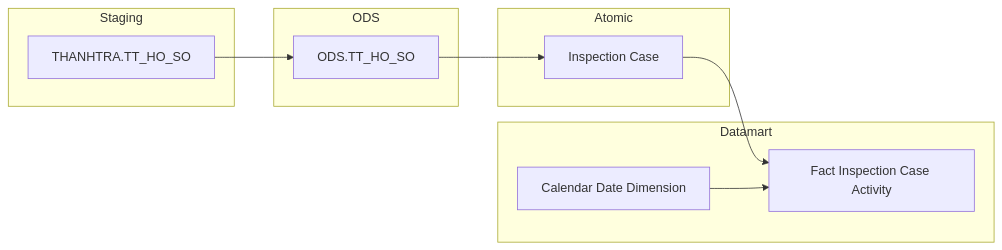
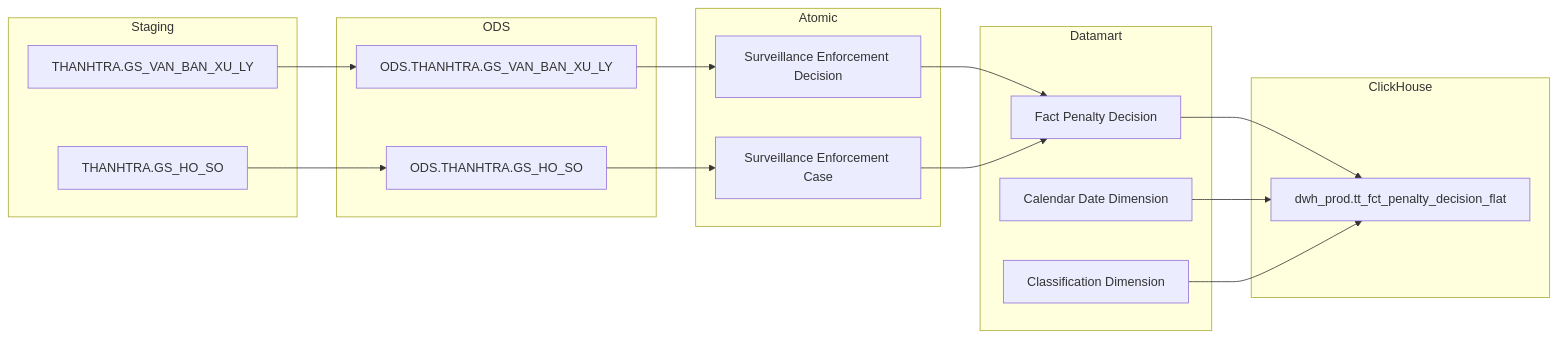
The first of 2 diagrams in .claude/skills/datamart-gen-docs/SKILL.md (linhlvit/ubck_atomic_design), drawn with Mermaid before and after one commit. The commit also changed other lines of this file and 8 other files, not shown here.

````diff
--- a/.claude/skills/datamart-gen-docs/SKILL.md
+++ b/.claude/skills/datamart-gen-docs/SKILL.md
@@ -355,20 +444,32 @@
 ```mermaid
 flowchart LR
   subgraph Staging
-    THANHTRA_TT_HO_SO["THANHTRA.TT_HO_SO"]
+    THANHTRA_GS_VAN_BAN_XU_LY["THANHTRA.GS_VAN_BAN_XU_LY"]
+    THANHTRA_GS_HO_SO["THANHTRA.GS_HO_SO"]
   end
   subgraph ODS
-    ODS_TT_HO_SO["ODS.TT_HO_SO"]
+    ODS_THANHTRA_GS_VAN_BAN_XU_LY["ODS.THANHTRA.GS_VAN_BAN_XU_LY"]
+    ODS_THANHTRA_GS_HO_SO["ODS.THANHTRA.GS_HO_SO"]
   end
   subgraph Atomic
-    inspection_case["Inspection Case"]
+    Surveillance_Enforcement_Decision["Surveillance Enforcement Decision"]
+    Surveillance_Enforcement_Case["Surveillance Enforcement Case"]
   end
   subgraph Datamart
-    fct_inspection_case_avy["Fact Inspection Case Activity"]
+    fct_penalty_decision["Fact Penalty Decision"]
     cdr_dt_dim["Calendar Date Dimension"]
+    cl_dim["Classification Dimension"]
   end
-  THANHTRA_TT_HO_SO --> ODS_TT_HO_SO
-  ODS_TT_HO_SO --> inspection_case
-  inspection_case --> fct_inspection_case_avy
-  cdr_dt_dim --> fct_inspection_case_avy
+  subgraph ClickHouse
+    tt_fct_penalty_decision_flat["dwh_prod.tt_fct_penalty_decision_flat"]
+  end
+  THANHTRA_GS_VAN_BAN_XU_LY --> ODS_THANHTRA_GS_VAN_BAN_XU_LY
+  THANHTRA_GS_HO_SO --> ODS_THANHTRA_GS_HO_SO
+  ODS_THANHTRA_GS_VAN_BAN_XU_LY --> Surveillance_Enforcement_Decision
+  ODS_THANHTRA_GS_HO_SO --> Surveillance_Enforcement_Case
+  Surveillance_Enforcement_Decision --> fct_penalty_decision
+  Surveillance_Enforcement_Case --> fct_penalty_decision
+  fct_penalty_decision --> tt_fct_penalty_decision_flat
+  cdr_dt_dim --> tt_fct_penalty_decision_flat
+  cl_dim --> tt_fct_penalty_decision_flat
 ```
````
